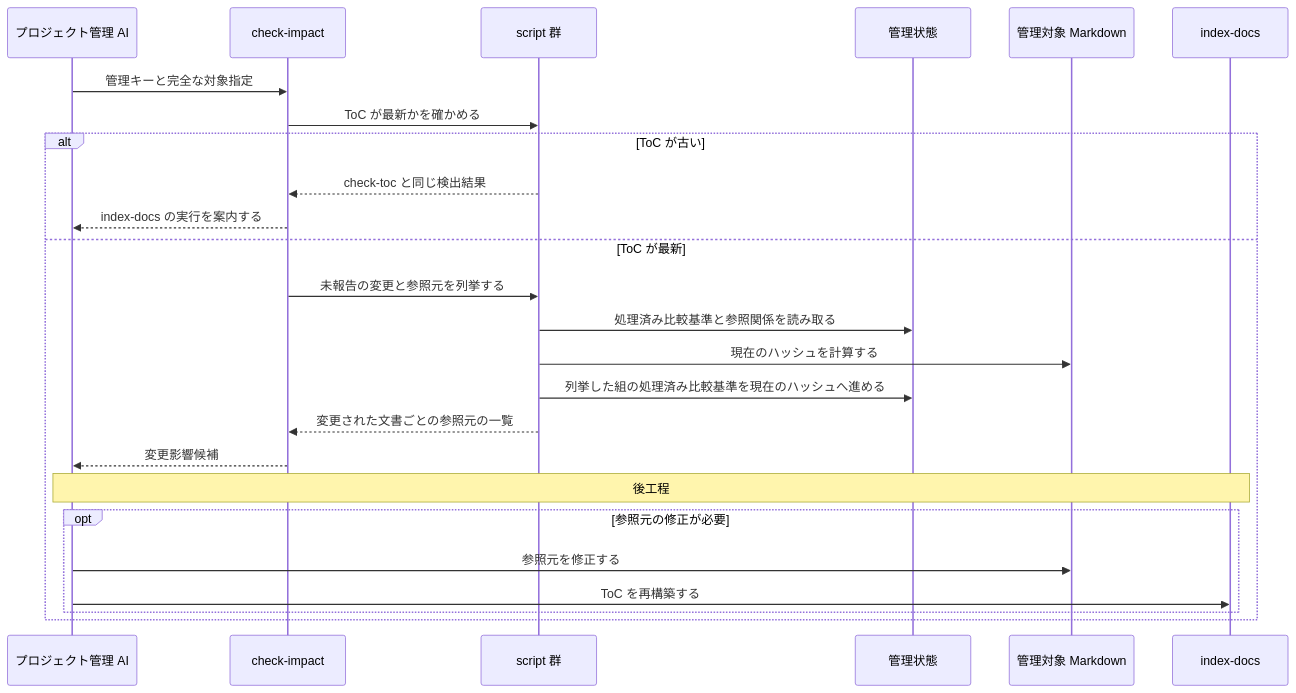
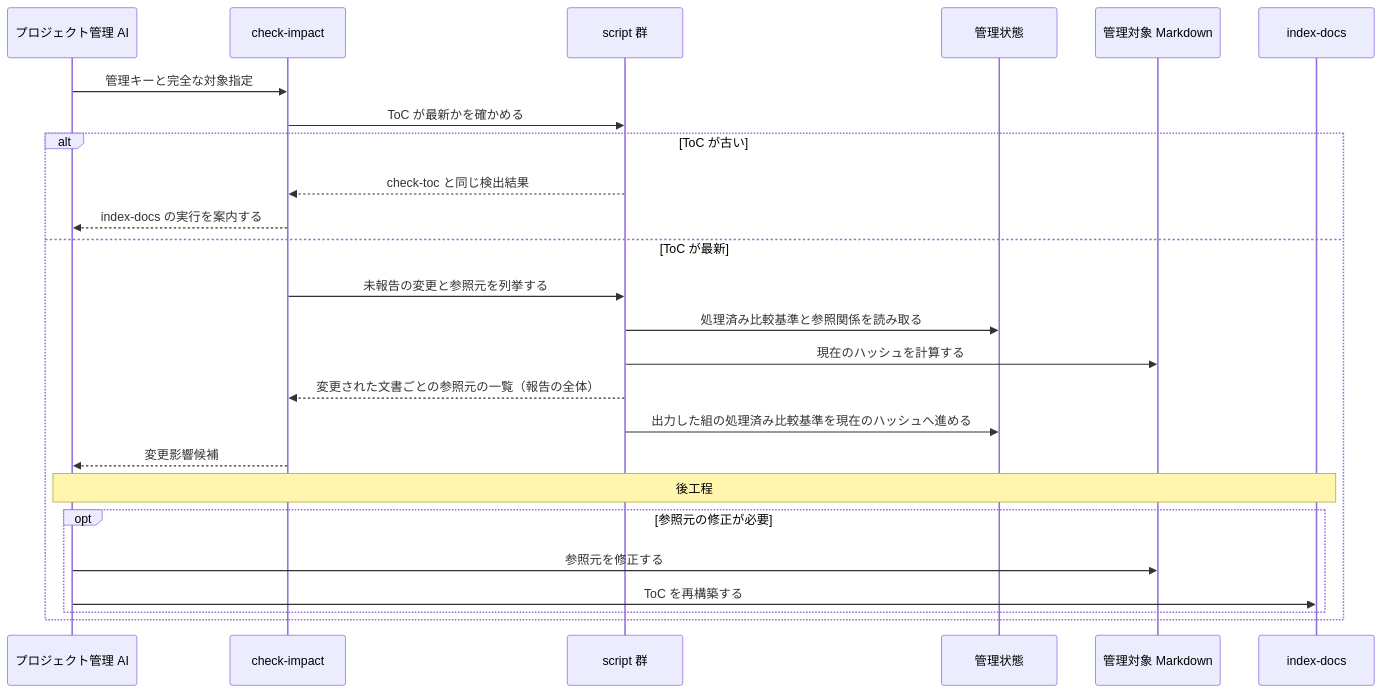
Before and after one commit to BlueEventHorizon/doc-link: the eighth of 8 diagrams in docs/specs/design/DES-010-skill-composition.md, drawn with Mermaid. The commit also changed other lines of this file and 13 other files, not shown here.

````diff
--- a/docs/specs/design/DES-010-skill-composition.md
+++ b/docs/specs/design/DES-010-skill-composition.md
@@ -314,28 +314,28 @@
 ```mermaid
 sequenceDiagram
     participant PM as プロジェクト管理 AI
     participant Skill as check-impact
     participant Scripts as script 群
     participant DB as 管理状態
     participant Docs as 管理対象 Markdown
     participant Index as index-docs
 
     PM->>Skill: 管理キーと完全な対象指定
     Skill->>Scripts: ToC が最新かを確かめる
     alt ToC が古い
         Scripts-->>Skill: check-toc と同じ検出結果
         Skill-->>PM: index-docs の実行を案内する
     else ToC が最新
         Skill->>Scripts: 未報告の変更と参照元を列挙する
         Scripts->>DB: 処理済み比較基準と参照関係を読み取る
         Scripts->>Docs: 現在のハッシュを計算する
-        Scripts->>DB: 列挙した組の処理済み比較基準を現在のハッシュへ進める
-        Scripts-->>Skill: 変更された文書ごとの参照元の一覧
+        Scripts-->>Skill: 変更された文書ごとの参照元の一覧（報告の全体）
+        Scripts->>DB: 出力した組の処理済み比較基準を現在のハッシュへ進める
         Skill-->>PM: 変更影響候補
         Note over PM,Index: 後工程
         opt 参照元の修正が必要
             PM->>Docs: 参照元を修正する
             PM->>Index: ToC を再構築する
         end
     end
 ```
````
